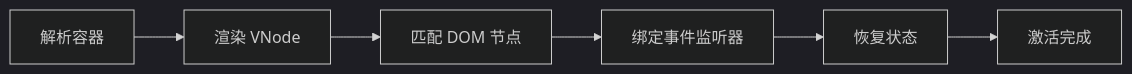
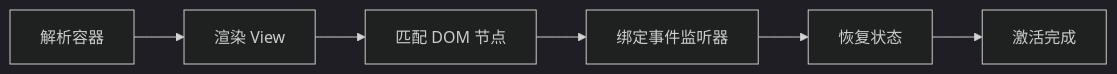
The second of 2 diagrams in packages/runtime-ssr/README.md (vitarx-lib/core), drawn with Mermaid (dark theme) before and after one commit. The commit also changed other lines of this file and 6 other files, not shown here.

````diff
--- a/packages/runtime-ssr/README.md
+++ b/packages/runtime-ssr/README.md
@@ -160,8 +160,8 @@
 ```mermaid
 flowchart LR
-    A[解析容器] --> B[渲染 VNode]
+    A[解析容器] --> B[渲染 View]
     B --> C[匹配 DOM 节点]
     C --> D[绑定事件监听器]
     D --> E[恢复状态]
     E --> F[激活完成]
 ```
````
